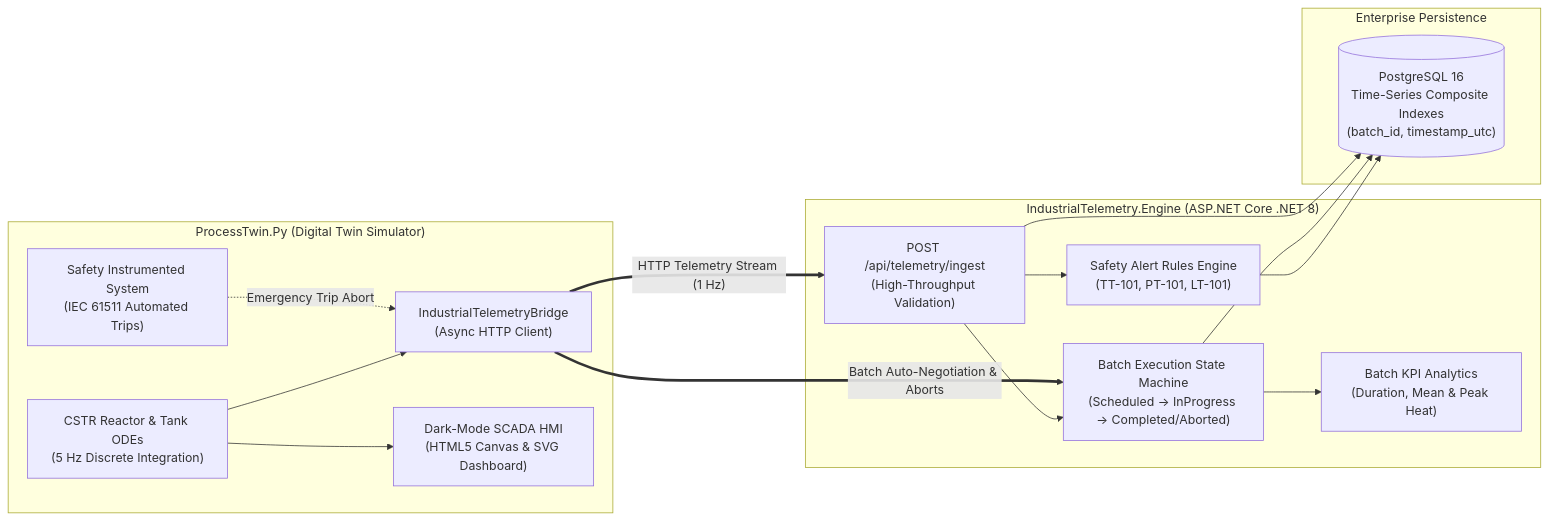
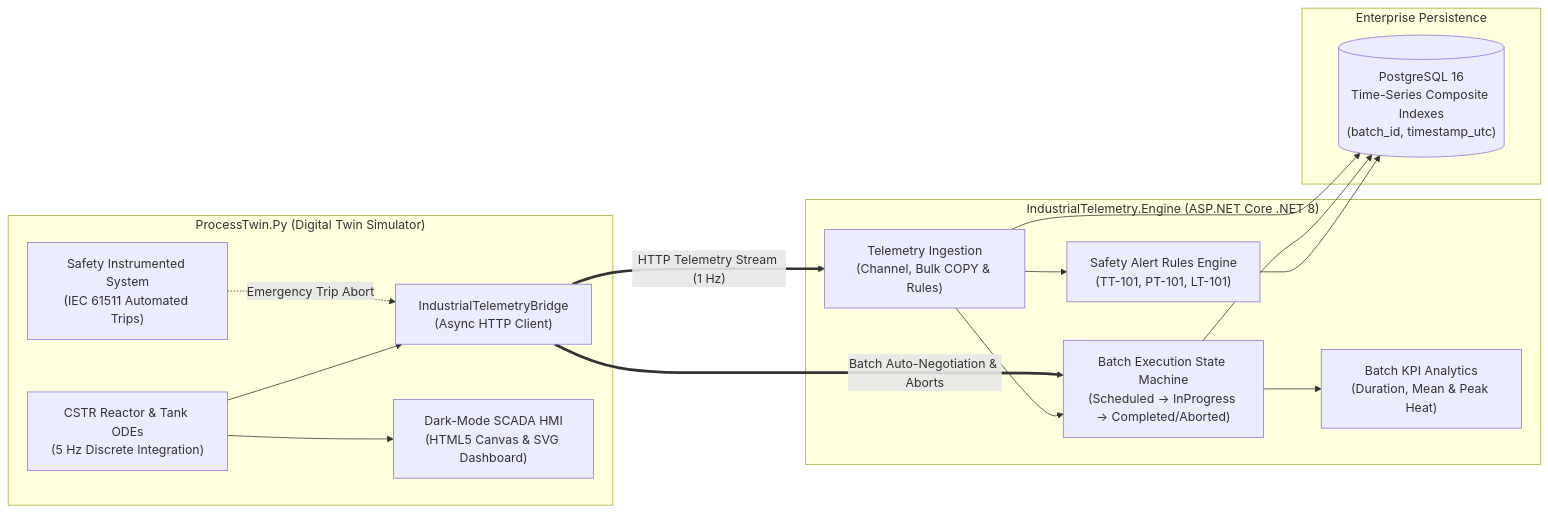
One commit to yancsalmeida/IndustrialTelemetry.Engine changed the third of 3 diagrams in README.md. Above: the diagram before and after it, drawn with Mermaid. The commit also changed other lines of this file and 18 other files, not shown here.

First line of the commit message:
feat(telemetry): implement high-throughput channels and postgresql binary copy ingestion

````diff
--- a/README.md
+++ b/README.md
@@ -74,32 +128,32 @@
 ```mermaid
 flowchart LR
     subgraph Twin["ProcessTwin.Py (Digital Twin Simulator)"]
         Physics["CSTR Reactor & Tank ODEs\n(5 Hz Discrete Integration)"]
         SIS["Safety Instrumented System\n(IEC 61511 Automated Trips)"]
         Bridge["IndustrialTelemetryBridge\n(Async HTTP Client)"]
         HMI["Dark-Mode SCADA HMI\n(HTML5 Canvas & SVG Dashboard)"]
         Physics --> Bridge
         SIS -.->|"Emergency Trip Abort"| Bridge
         Physics --> HMI
     end
 
     subgraph Engine["IndustrialTelemetry.Engine (ASP.NET Core .NET 8)"]
-        Ingest["POST /api/telemetry/ingest\n(High-Throughput Validation)"]
+        Ingest["Telemetry Ingestion\n(Channel, Bulk COPY & Rules)"]
         State["Batch Execution State Machine\n(Scheduled → InProgress → Completed/Aborted)"]
         Rules["Safety Alert Rules Engine\n(TT-101, PT-101, LT-101)"]
         Analytics["Batch KPI Analytics\n(Duration, Mean & Peak Heat)"]
         Ingest --> State
         Ingest --> Rules
         State --> Analytics
     end
 
     subgraph Storage["Enterprise Persistence"]
         PG[("PostgreSQL 16\nTime-Series Composite Indexes\n(batch_id, timestamp_utc)")]
         Rules --> PG
         State --> PG
         Ingest --> PG
     end
 
     Bridge == "HTTP Telemetry Stream (1 Hz)" ==> Ingest
     Bridge == "Batch Auto-Negotiation & Aborts" ==> State
 ```
````
